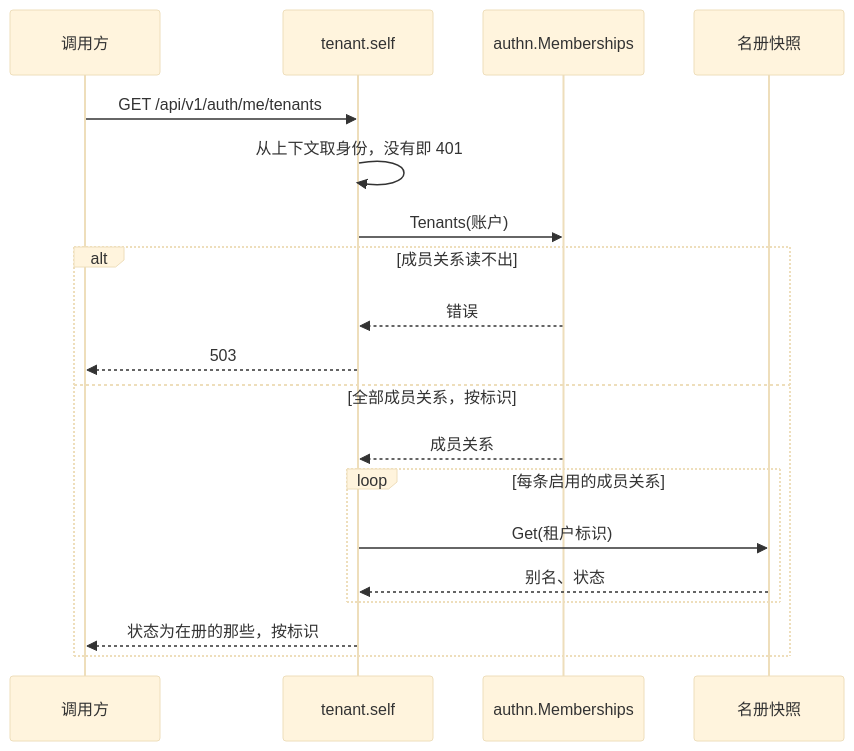
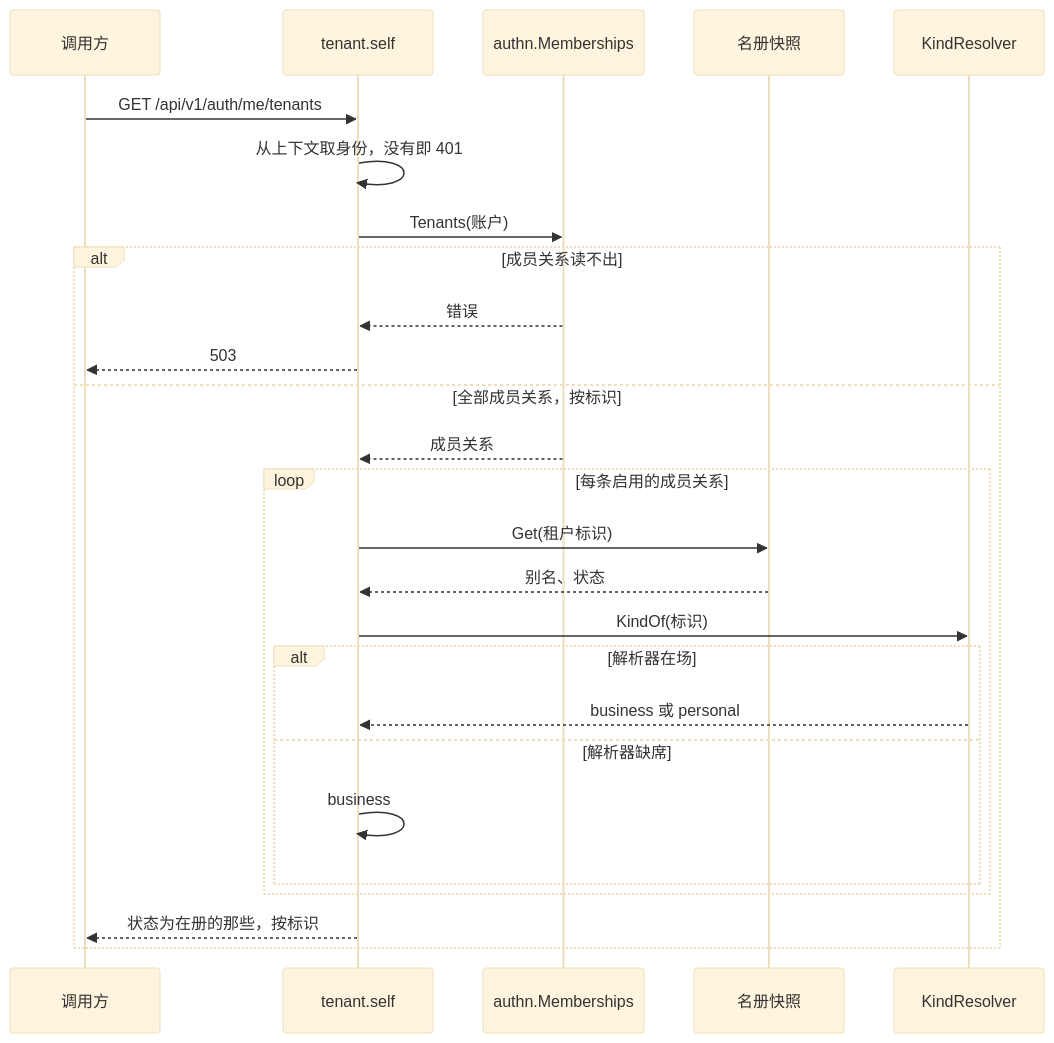
The third of 5 diagrams in docs/design/modules/tenant/design-tenant.md (wangzw/speed), drawn with Mermaid (base theme) before and after one commit. The commit also changed other lines of this file and 26 other files, not shown here.

````diff
--- a/docs/design/modules/tenant/design-tenant.md
+++ b/docs/design/modules/tenant/design-tenant.md
@@ -580,22 +600,29 @@
 ```mermaid
 sequenceDiagram
     participant C as 调用方
     participant S as tenant.self
     participant M as authn.Memberships
     participant R as 名册快照
+    participant K as KindResolver
 
     C->>S: GET /api/v1/auth/me/tenants
     S->>S: 从上下文取身份，没有即 401
     S->>M: Tenants(账户)
     alt 成员关系读不出
         M-->>S: 错误
         S-->>C: 503
     else 全部成员关系，按标识
         M-->>S: 成员关系
         loop 每条启用的成员关系
             S->>R: Get(租户标识)
             R-->>S: 别名、状态
+            S->>K: KindOf(标识)
+            alt 解析器在场
+                K-->>S: business 或 personal
+            else 解析器缺席
+                S->>S: business
+            end
         end
         S-->>C: 状态为在册的那些，按标识
     end
 ```
````
